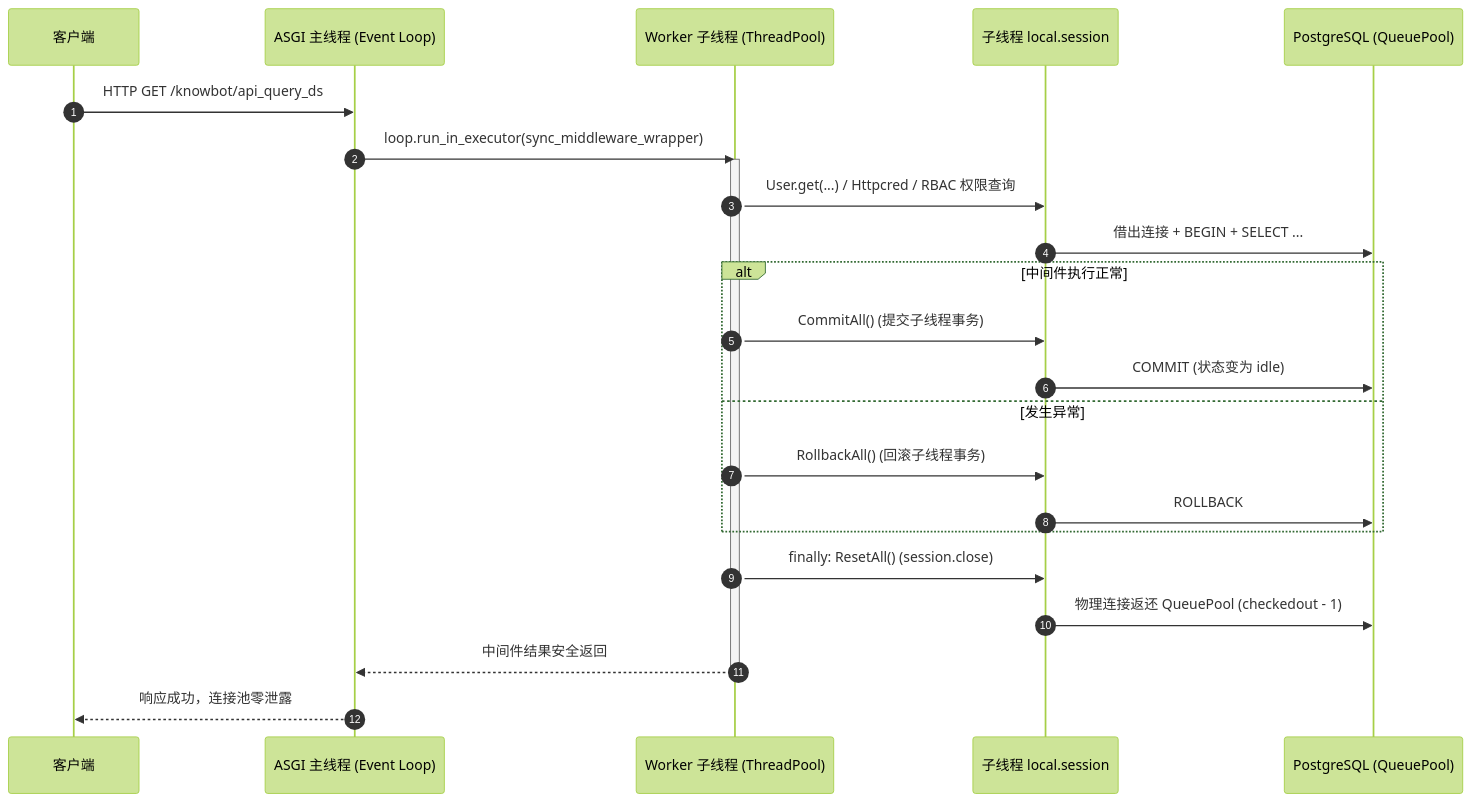
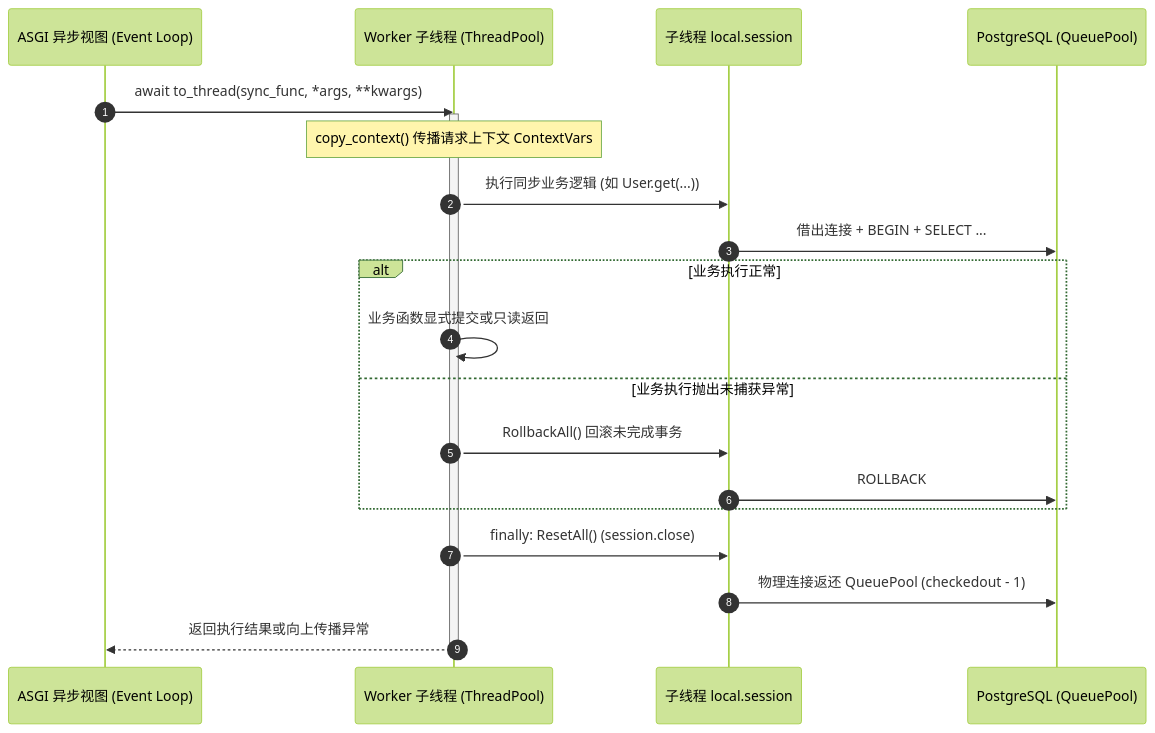
One commit to zhangchunlin/uliweb3 changed the diagram in sdlc/asgi-db-pool-leak-fix/spec.md. Above: the diagram before and after it, drawn with Mermaid (forest theme). The commit also changed other lines of this file and 9 other files, not shown here.

First line of the commit message:
fix(asgi): 采用轻量化作用域 to_thread 与 WebSocket 同步包装防止连接泄漏

````diff
--- a/sdlc/asgi-db-pool-leak-fix/spec.md
+++ b/sdlc/asgi-db-pool-leak-fix/spec.md
@@ -38,27 +29,24 @@
 ```mermaid
 sequenceDiagram
     autonumber
-    participant Client as 客户端
-    participant MainLoop as ASGI 主线程 (Event Loop)
+    participant AsyncView as ASGI 异步视图 (Event Loop)
     participant Worker as Worker 子线程 (ThreadPool)
     participant LocalSession as 子线程 local.session
     participant PG as PostgreSQL (QueuePool)
 
-    Client->>MainLoop: HTTP GET /knowbot/api_query_ds
-    MainLoop->>Worker: loop.run_in_executor(sync_middleware_wrapper)
+    AsyncView->>Worker: await to_thread(sync_func, *args, **kwargs)
     activate Worker
-    Worker->>LocalSession: User.get(...) / Httpcred / RBAC 权限查询
+    Note over Worker: copy_context() 传播请求上下文 ContextVars
+    Worker->>LocalSession: 执行同步业务逻辑 (如 User.get(...))
     LocalSession->>PG: 借出连接 + BEGIN + SELECT ...
-    alt 中间件执行正常
-        Worker->>LocalSession: CommitAll() (提交子线程事务)
-        LocalSession->>PG: COMMIT (状态变为 idle)
-    else 发生异常
-        Worker->>LocalSession: RollbackAll() (回滚子线程事务)
+    alt 业务执行正常
+        Worker->>Worker: 业务函数显式提交或只读返回
+    else 业务执行抛出未捕获异常
+        Worker->>LocalSession: RollbackAll() 回滚未完成事务
         LocalSession->>PG: ROLLBACK
     end
     Worker->>LocalSession: finally: ResetAll() (session.close)
     LocalSession->>PG: 物理连接返还 QueuePool (checkedout - 1)
-    Worker-->>MainLoop: 中间件结果安全返回
+    Worker-->>AsyncView: 返回执行结果或向上传播异常
     deactivate Worker
-    MainLoop-->>Client: 响应成功，连接池零泄露
 ```
````
